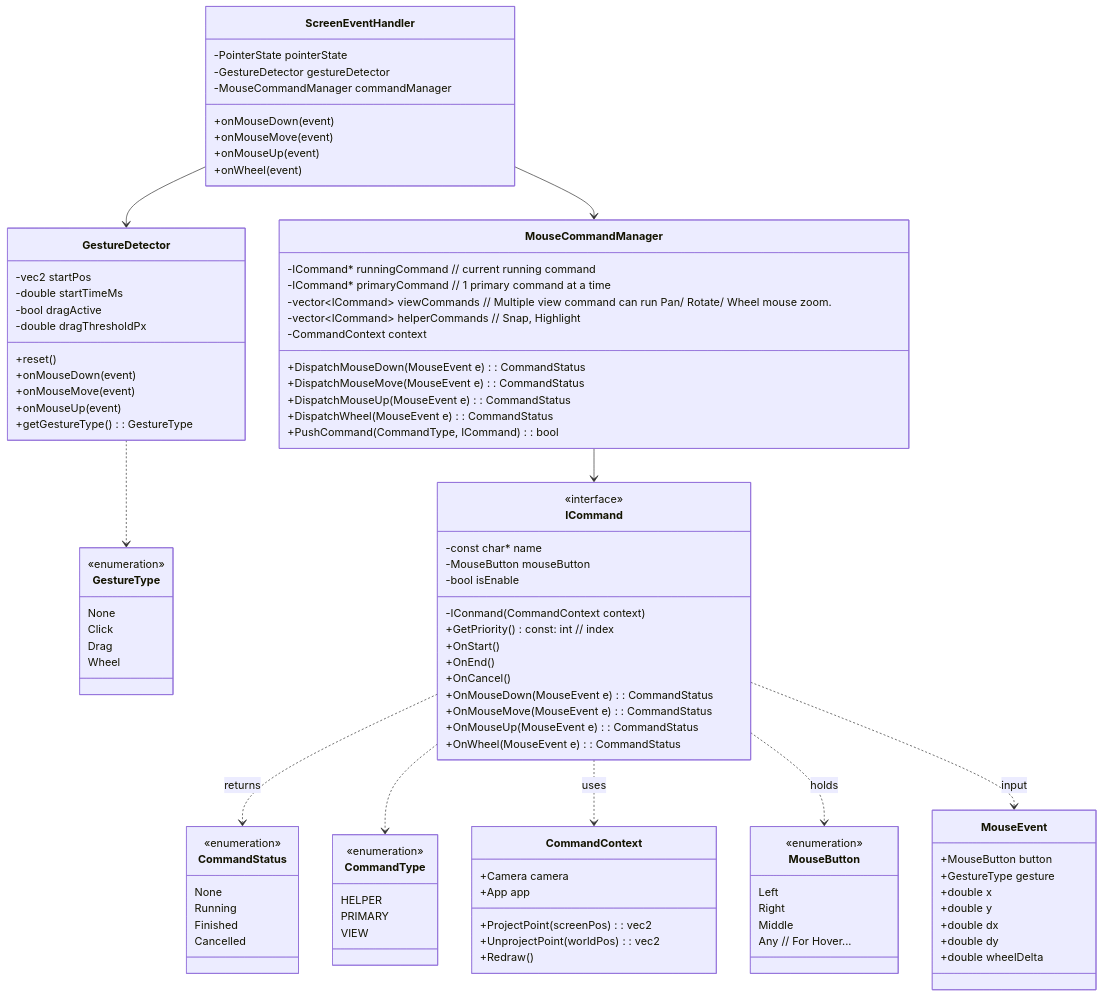
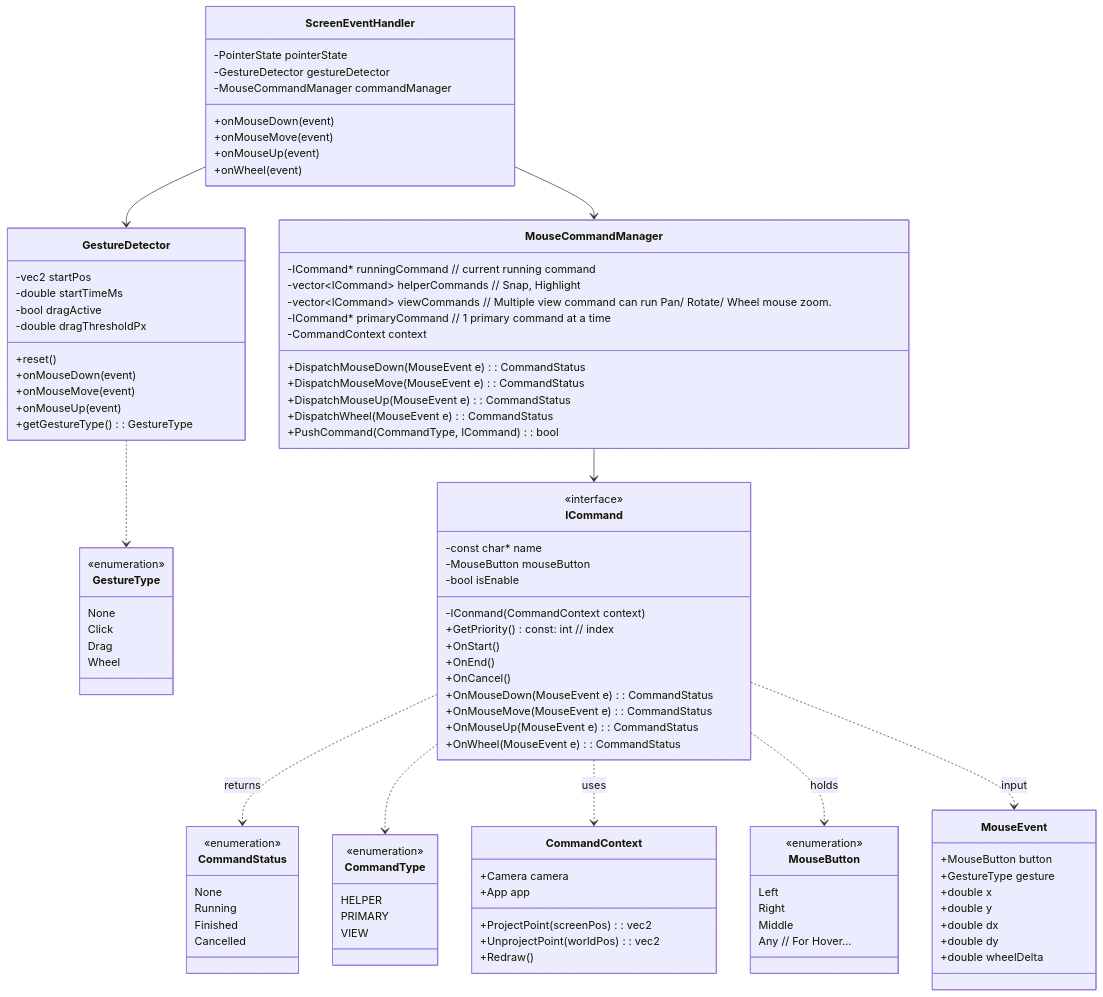
The first of 3 diagrams in Final.md (vfa-khaidt1/vfa-cdn), drawn with Mermaid before and after one commit.

```diff
--- a/Final.md
+++ b/Final.md
@@ -90,9 +90,10 @@
 
     class MouseCommandManager {
         -ICommand* runningCommand // current running command
+        -vector~ICommand~ helperCommands // Snap, Highlight
+        -vector~ICommand~ viewCommands // Multiple view command can run Pan/ Rotate/ Wheel mouse zoom.
         -ICommand* primaryCommand // 1 primary command at a time
-        -vector~ICommand~ viewCommands // Multiple view command can run Pan/ Rotate/ Wheel mouse zoom.
-        -vector~ICommand~ helperCommands // Snap, Highlight
+
         -CommandContext context
 
         +DispatchMouseDown(MouseEvent e): CommandStatus
```
